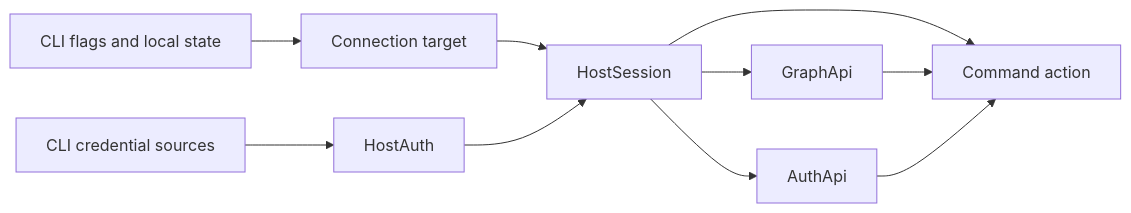
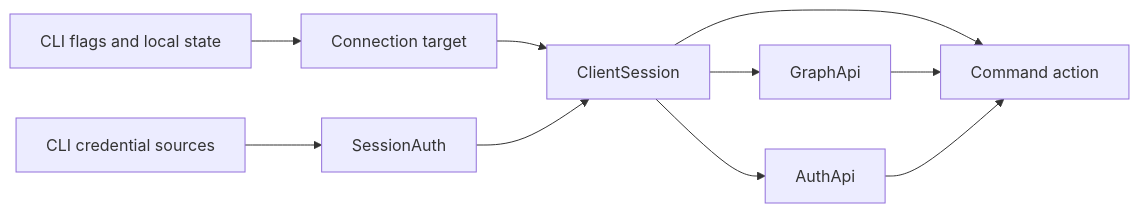
Before and after one commit to astrale-os/cli: the diagram in src/connection/.spec/architecture.md, drawn with Mermaid. The commit also changed other lines of this file and 33 other files, not shown here.

Commit message:
feat: adopt kernel client session vocabulary

````diff
--- a/src/connection/.spec/architecture.md
+++ b/src/connection/.spec/architecture.md
@@ -9,12 +9,12 @@
 ```mermaid
 flowchart LR
   F[CLI flags and local state] --> T[Connection target]
-  T --> H[HostSession]
-  C[CLI credential sources] --> R[HostAuth]
+  T --> H[ClientSession]
+  C[CLI credential sources] --> R[SessionAuth]
   R --> H
   H --> G[GraphApi]
   H --> A[AuthApi]
   H --> X[Command action]
   G --> X
   A --> X
 ```
````
